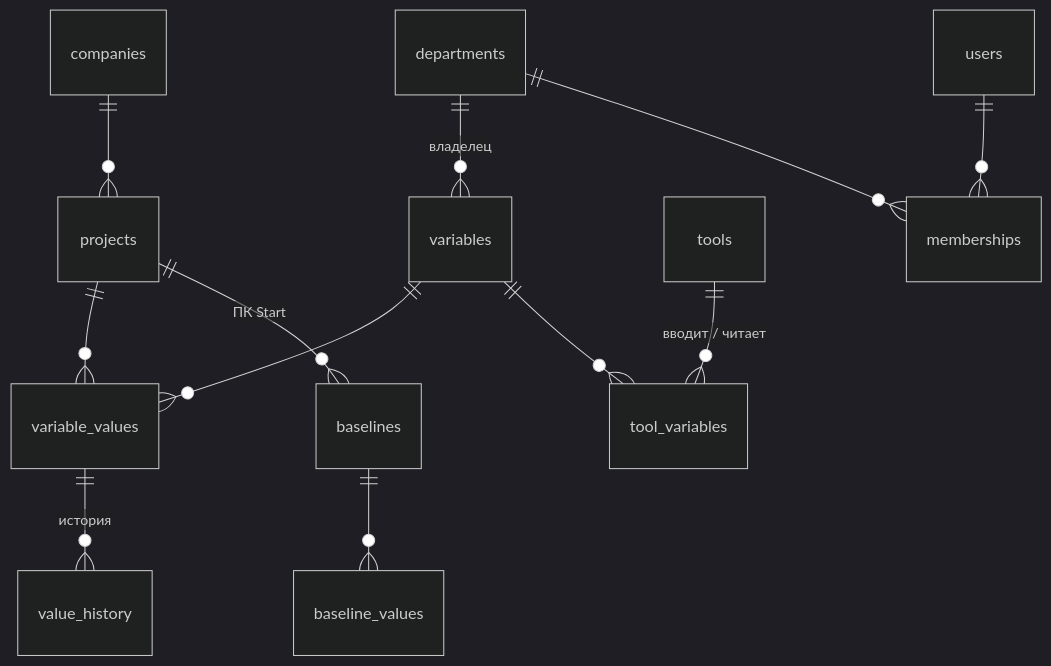
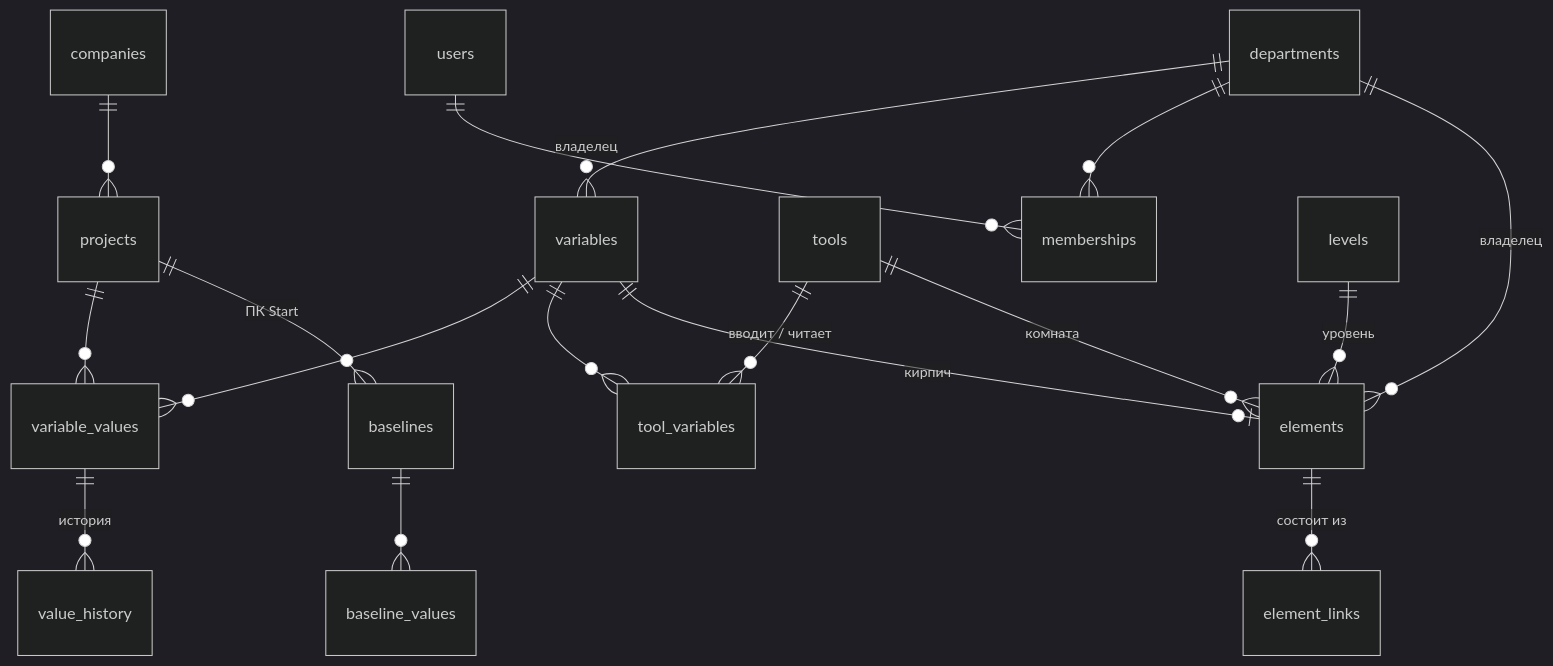
The second of 2 diagrams in docs/concept.md (BESSHPARMAK97/Brick-by-brick), drawn with Mermaid (dark theme) before and after one commit. The commit also changed other lines of this file and 2 other files, not shown here.

First line of the commit message:
Структура «от кирпича до ЖК»: раздел концепции и таблицы levels, elements, element_links

````diff
--- a/docs/concept.md
+++ b/docs/concept.md
@@ -124,14 +152,19 @@
 ```mermaid
 erDiagram
   companies ||--o{ projects : ""
   departments ||--o{ variables : "владелец"
   projects ||--o{ variable_values : ""
   variables ||--o{ variable_values : ""
   variable_values ||--o{ value_history : "история"
   projects ||--o{ baselines : "ПК Start"
   baselines ||--o{ baseline_values : ""
   tools ||--o{ tool_variables : "вводит / читает"
   variables ||--o{ tool_variables : ""
   users ||--o{ memberships : ""
   departments ||--o{ memberships : ""
+  levels ||--o{ elements : "уровень"
+  elements ||--o{ element_links : "состоит из"
+  variables ||--o| elements : "кирпич"
+  tools ||--o{ elements : "комната"
+  departments ||--o{ elements : "владелец"
 ```
````
